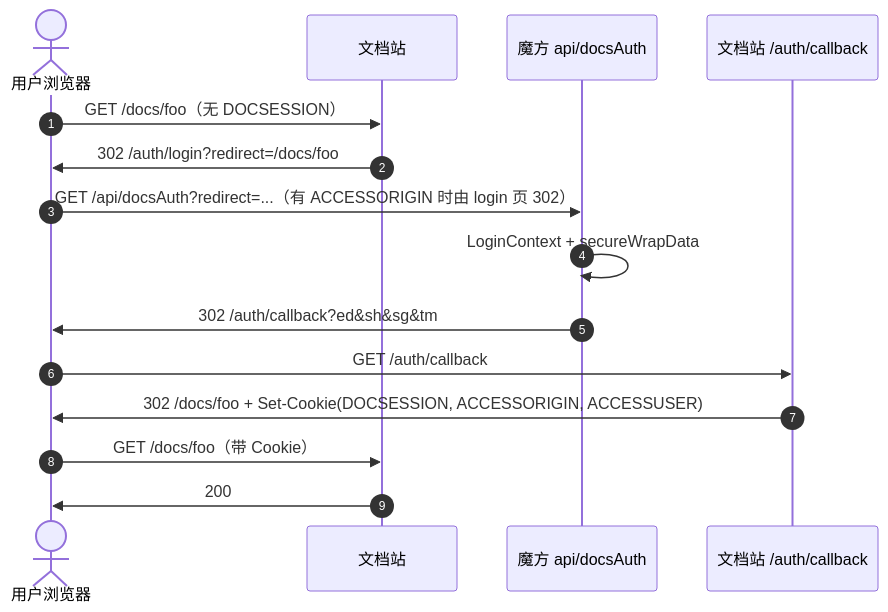
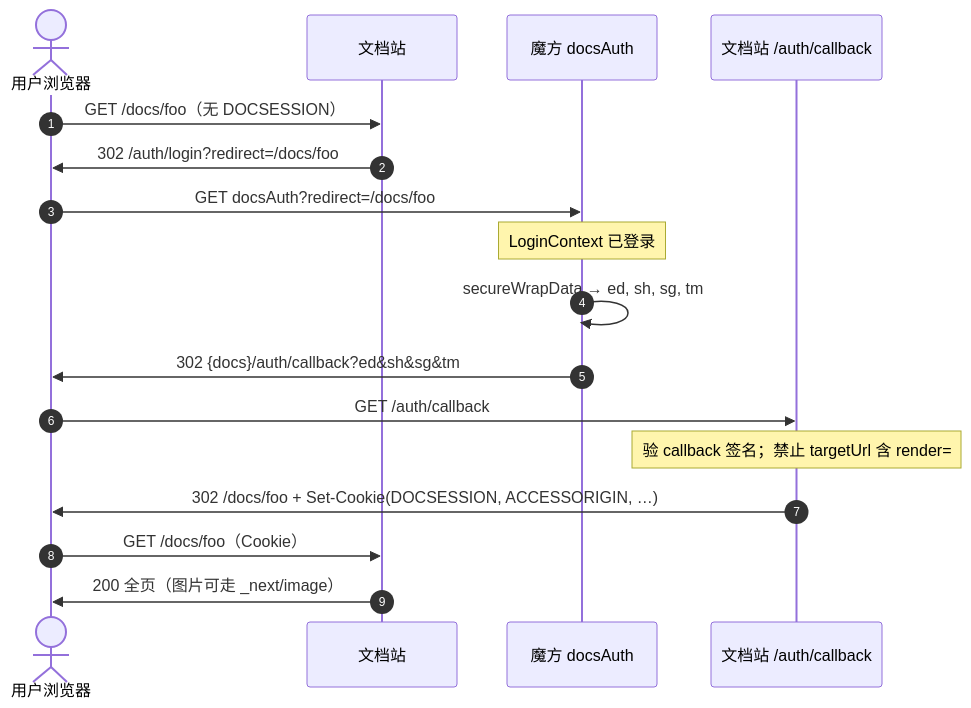
One commit to Necho-dev/rpa-products-docs changed the second of 6 diagrams in deploy/CUBE_SSO.md. Above: the diagram before and after it, drawn with Mermaid. The commit also changed other lines of this file and 15 other files, not shown here.

````diff
--- a/deploy/CUBE_SSO.md
+++ b/deploy/CUBE_SSO.md
@@ -97,18 +239,20 @@
 ```mermaid
 sequenceDiagram
   autonumber
   actor User as 用户浏览器
   participant Docs as 文档站
-  participant Cube as 魔方 api/docsAuth
+  participant Cube as 魔方 docsAuth
   participant CB as 文档站 /auth/callback
 
   User->>Docs: GET /docs/foo（无 DOCSESSION）
   Docs->>User: 302 /auth/login?redirect=/docs/foo
-  User->>Cube: GET /api/docsAuth?redirect=...（有 ACCESSORIGIN 时由 login 页 302）
-  Cube->>Cube: LoginContext + secureWrapData
-  Cube->>User: 302 /auth/callback?ed&sh&sg&tm
+  User->>Cube: GET docsAuth?redirect=/docs/foo
+  Note over Cube: LoginContext 已登录
+  Cube->>Cube: secureWrapData → ed, sh, sg, tm
+  Cube->>User: 302 {docs}/auth/callback?ed&sh&sg&tm
   User->>CB: GET /auth/callback
-  CB->>User: 302 /docs/foo + Set-Cookie(DOCSESSION, ACCESSORIGIN, ACCESSUSER)
-  User->>Docs: GET /docs/foo（带 Cookie）
-  Docs->>User: 200
+  Note over CB: 验 callback 签名；禁止 targetUrl 含 render=
+  CB->>User: 302 /docs/foo + Set-Cookie(DOCSESSION, ACCESSORIGIN, …)
+  User->>Docs: GET /docs/foo（Cookie）
+  Docs->>User: 200 全页（图片可走 _next/image）
 ```
````
